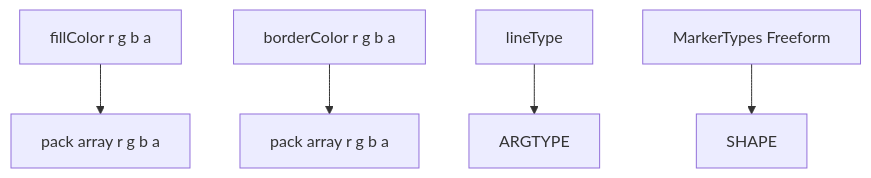
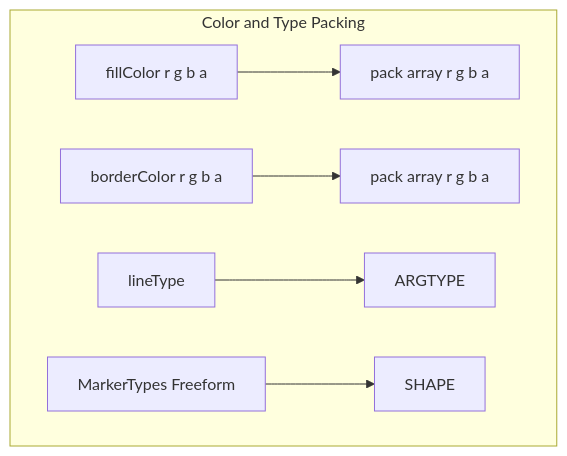
Before and after one commit to Gh0st352/AETHR: the fourth of 5 diagrams in docs/markers/polygons.md, drawn with Mermaid. The commit also changed other lines of this file and 4 other files, not shown here.

First line of the commit message:
docs(markers): reorganize Mermaid diagrams into subgraphs

````diff
--- a/docs/markers/polygons.md
+++ b/docs/markers/polygons.md
@@ -58,7 +76,14 @@
 ```mermaid
+%% shared theme: docs/_mermaid/theme.json %%
 flowchart TD
-  FILL[fillColor r g b a] --> C1[pack array r g b a]
-  BORDER[borderColor r g b a] --> C2[pack array r g b a]
-  TYPE[lineType] --> ARGTYPE
-  MT[MarkerTypes Freeform] --> SHAPE
+  subgraph "Color and Type Packing"
+    FILL[fillColor r g b a] --> C1[pack array r g b a]
+    BORDER[borderColor r g b a] --> C2[pack array r g b a]
+    TYPE[lineType] --> ARGTYPE
+    MT[MarkerTypes Freeform] --> SHAPE
+  end
+  class FILL,BORDER class_data;
+  class C1,C2,ARGTYPE class_compute;
+  class TYPE class_step;
+  class MT,SHAPE class_io;
 ```
````
